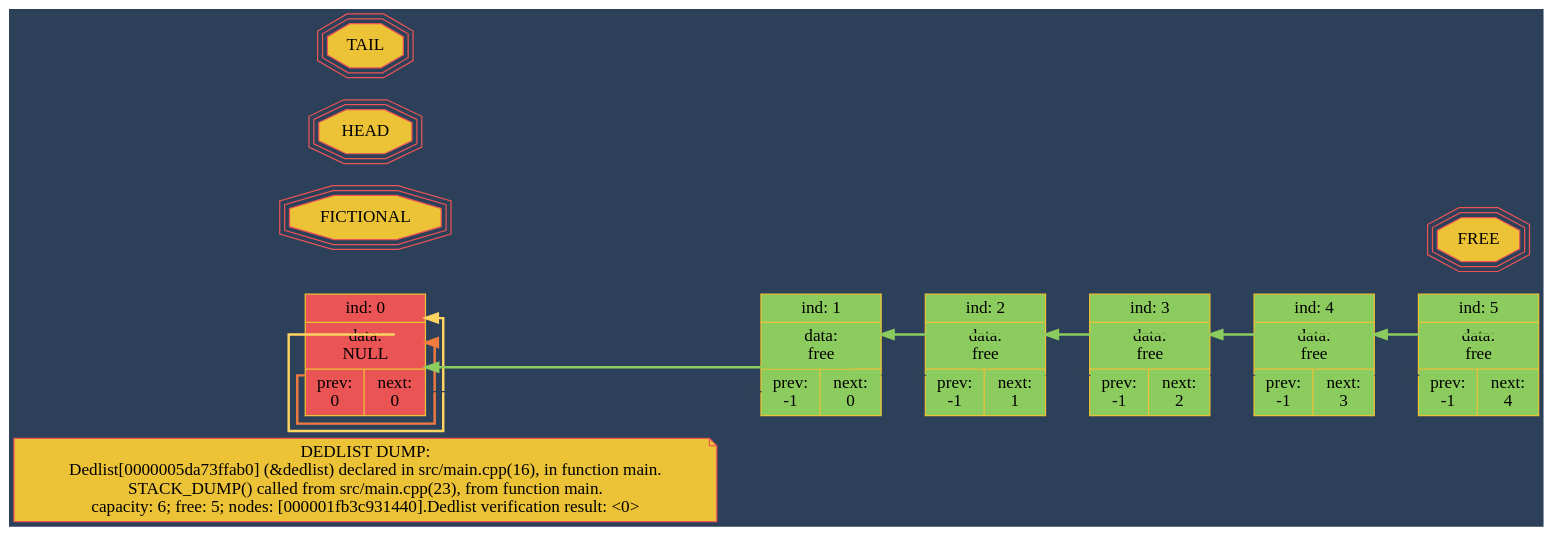
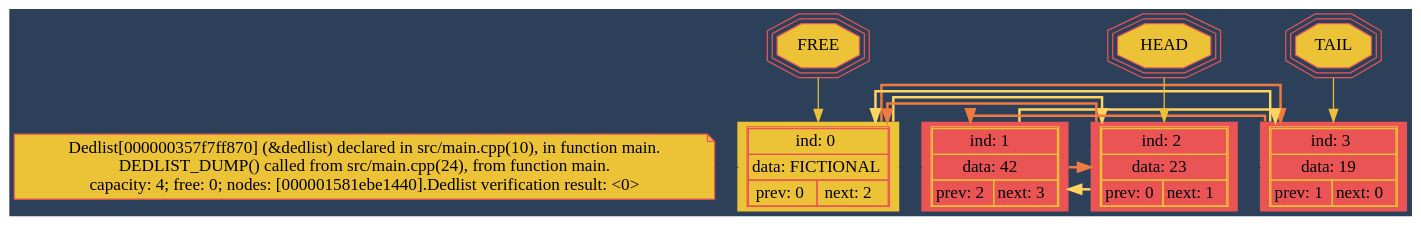
One commit to Feanor-19/dedlist changed the diagram in dedlist_dump.dot. Above: the diagram before and after it, drawn with Graphviz. The commit also changed 10 other files, not shown here.

```diff
--- a/dedlist_dump.dot
+++ b/dedlist_dump.dot
@@ -1,78 +1,82 @@
 digraph{
-rankdir=LR;
-bgcolor="#2D4059";
-splines=ortho
+
+bgcolor="#2D4059";splines=ortho
+
 
 
 NODE_TEXT[shape=note, fontname="verdana",
 style=bold, style=filled,
 color="#EA5455", fillcolor="#ECC237",
-label = "DEDLIST DUMP:\nDedlist[0000005da73ffab0] (&dedlist) declared in src/main.cpp(16), in function main.\nSTACK_DUMP() called from src/main.cpp(23), from function main.\ncapacity: 6; free: 5; nodes: [000001fb3c931440].Dedlist verification result: <0>
+label = "Dedlist[000000357f7ff870] (&dedlist) declared in src/main.cpp(10), in function main.\nDEDLIST_DUMP() called from src/main.cpp(24), from function main.\ncapacity: 4; free: 0; nodes: [000001581ebe1440].Dedlist verification result: <0>
 "]
 
 
-NODE_0[shape="record", fontname="verdana",
+NODE_0[shape="plaintext", fontname="verdana",
+style=bold, style=filled,
+color="#EA5455", fillcolor="#ECC237",
+label = <<table cellspacing="0">
+        <tr><td colspan="2">ind: 0</td></tr>
+        <tr><td colspan="2">data: FICTIONAL</td></tr>
+        <tr><td>prev: 0</td><td>next: 2</td></tr></table>>];
+
+
+NODE_1[shape="plaintext", fontname="verdana",
 style=bold, style=filled,
 color="#ECC237", fillcolor="#EA5455",
-label = "{ <i>ind: 0 }|{ data:\nNULL} | {<p>prev:\n0 |<n>next:\n0}"];
+label = <<table cellspacing="0">
+        <tr><td colspan="2">ind: 1 </td></tr>
+        <tr><td colspan="2">data: 42</td></tr>
+        <tr><td>prev: 2</td><td>next: 3</td></tr></table>>];
 
+NODE_2[shape="plaintext", fontname="verdana",
+style=bold, style=filled,
+color="#ECC237", fillcolor="#EA5455",
+label = <<table cellspacing="0">
+        <tr><td colspan="2">ind: 2</td></tr>
+        <tr><td colspan="2">data: 23</td></tr>
+        <tr><td>prev: 0</td><td>next: 1</td></tr></table>>];
 
-NODE_1[shape="record", fontname="verdana",
+NODE_3[shape="plaintext", fontname="verdana",
 style=bold, style=filled,
-color="#ECC237", fillcolor="#8ccb5e",
-label = "{ <i>ind: 1 }|{ data:\nfree} | {<p>prev:\n-1 |<n>next:\n0}"];
-
-NODE_2[shape="record", fontname="verdana",
-style=bold, style=filled,
-color="#ECC237", fillcolor="#8ccb5e",
-label = "{ <i>ind: 2 }|{ data:\nfree} | {<p>prev:\n-1 |<n>next:\n1}"];
-
-NODE_3[shape="record", fontname="verdana",
-style=bold, style=filled,
-color="#ECC237", fillcolor="#8ccb5e",
-label = "{ <i>ind: 3 }|{ data:\nfree} | {<p>prev:\n-1 |<n>next:\n2}"];
-
-NODE_4[shape="record", fontname="verdana",
-style=bold, style=filled,
-color="#ECC237", fillcolor="#8ccb5e",
-label = "{ <i>ind: 4 }|{ data:\nfree} | {<p>prev:\n-1 |<n>next:\n3}"];
-
-NODE_5[shape="record", fontname="verdana",
-style=bold, style=filled,
-color="#ECC237", fillcolor="#8ccb5e",
-label = "{ <i>ind: 5 }|{ data:\nfree} | {<p>prev:\n-1 |<n>next:\n4}"];
-
-FICTIONAL[shape=tripleoctagon, style=filled,
-fontname="verdana", color="#EA5455", fillcolor="#ECC237"];
+color="#ECC237", fillcolor="#EA5455",
+label = <<table cellspacing="0">
+        <tr><td colspan="2">ind: 3</td></tr>
+        <tr><td colspan="2">data: 19</td></tr>
+        <tr><td>prev: 1</td><td>next: 0</td></tr></table>>];
 
 HEAD[shape=tripleoctagon, style=filled,
 fontname="verdana", color="#EA5455", fillcolor="#ECC237"];
 
 TAIL[shape=tripleoctagon, style=filled,
 fontname="verdana", color="#EA5455", fillcolor="#ECC237"];
 
 FREE[shape=tripleoctagon, style=filled,
 fontname="verdana", color="#EA5455", fillcolor="#ECC237"];
 
+{rank=same; NODE_TEXT NODE_0 NODE_1 NODE_2 NODE_3}
 
+NODE_TEXT->NODE_0[weight=10, color="#2D4059"];
 NODE_0->NODE_1[weight=10, color="#2D4059"];
 NODE_1->NODE_2[weight=10, color="#2D4059"];
 NODE_2->NODE_3[weight=10, color="#2D4059"];
-NODE_3->NODE_4[weight=10, color="#2D4059"];
-NODE_4->NODE_5[weight=10, color="#2D4059"];
-{ rank=same; FICTIONAL; NODE_0; }
-{ rank=same; HEAD; NODE_0; }
-{ rank=same; TAIL; NODE_0; }
-{ rank=same; FREE; NODE_5; }
 
 
-NODE_0:<p>->NODE_0[color="#F07B3F", penwidth=2];
-NODE_0:<n>->NODE_0[color="#FFD460", penwidth=2];
+HEAD->NODE_2[color="#ECC237"]
+TAIL->NODE_3[color="#ECC237"]
+FREE->NODE_0[color="#ECC237"]
 
-NODE_1:<n>->NODE_0[color="#8ccb5e", penwidth=2];
-NODE_2:<n>->NODE_1[color="#8ccb5e", penwidth=2];
-NODE_3:<n>->NODE_2[color="#8ccb5e", penwidth=2];
-NODE_4:<n>->NODE_3[color="#8ccb5e", penwidth=2];
-NODE_5:<n>->NODE_4[color="#8ccb5e", penwidth=2];
+
+NODE_0->NODE_3[color="#F07B3F", penwidth=2];
+NODE_0->NODE_2[color="#FFD460", penwidth=2];
+
+NODE_1->NODE_2[color="#F07B3F", penwidth=2];
+NODE_1->NODE_3[color="#FFD460", penwidth=2];
+
+NODE_2->NODE_0[color="#F07B3F", penwidth=2];
+NODE_2->NODE_1[color="#FFD460", penwidth=2];
+
+NODE_3->NODE_1[color="#F07B3F", penwidth=2];
+NODE_3->NODE_0[color="#FFD460", penwidth=2];
+
 
 }
```
